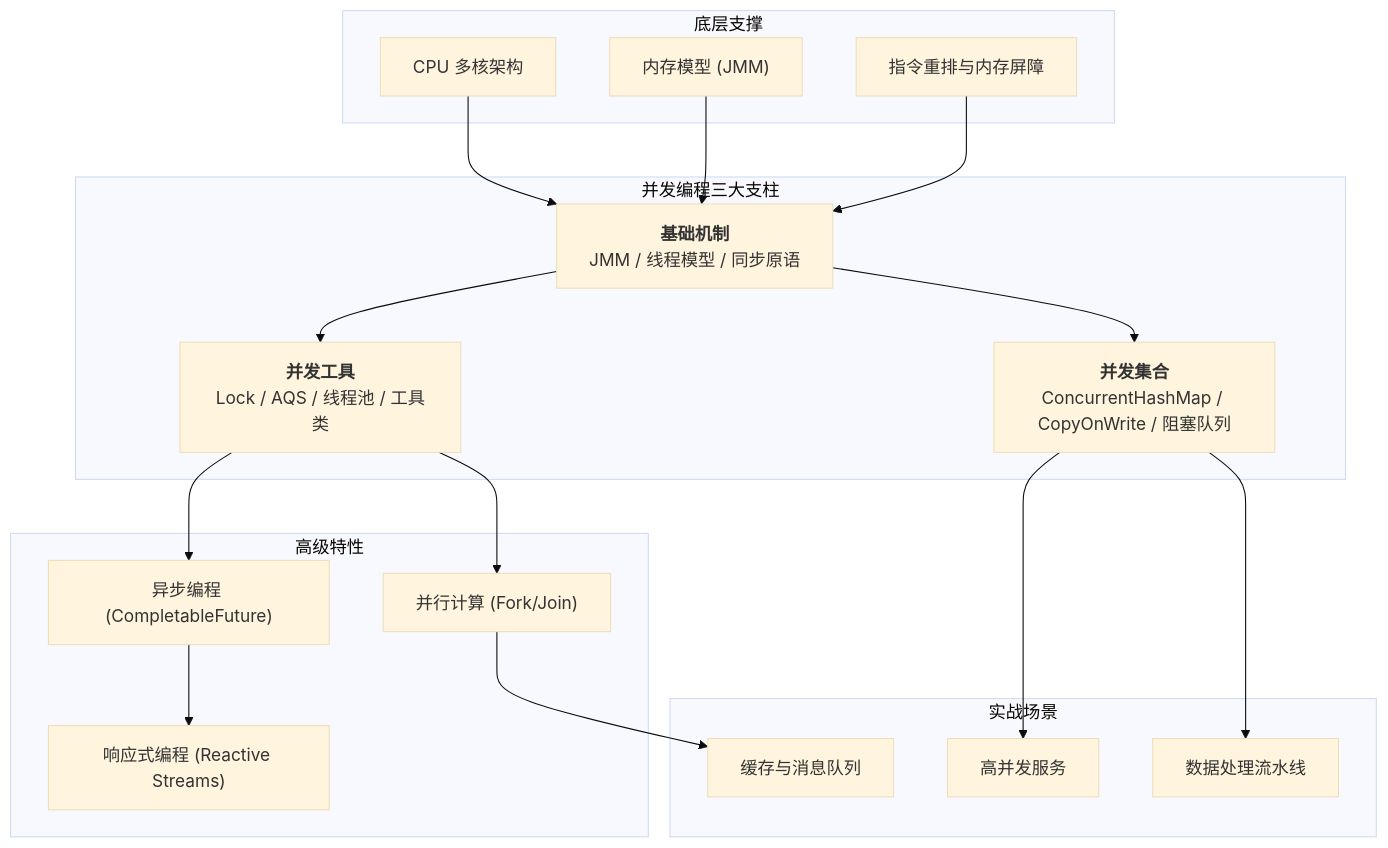
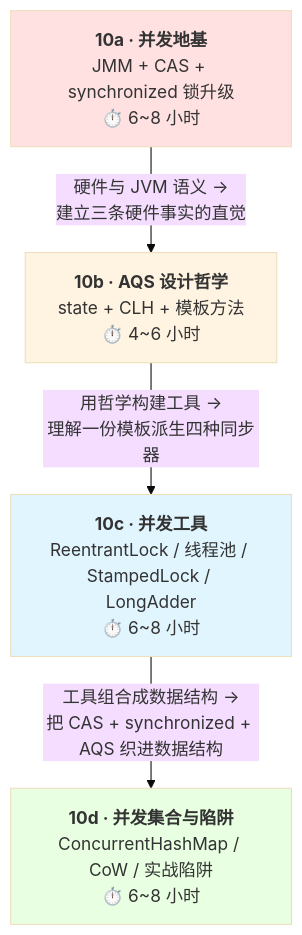
Before and after one commit to b1tzer/b1tzer.github.io: the third of 4 diagrams in docs/01-java-basic/10-并发编程综览：战役三 · 从硬件事实到组合运用的四层下沉.md, drawn with Mermaid (base theme). The commit also changed other lines of this file and 23 other files, not shown here.

````diff
--- a/docs/01-java-basic/10-并发编程综览：战役三 · 从硬件事实到组合运用的四层下沉.md
+++ b/docs/01-java-basic/10-并发编程综览：战役三 · 从硬件事实到组合运用的四层下沉.md
@@ -44,38 +113,13 @@
 ```mermaid
 flowchart TB
-    subgraph "并发编程三大支柱"
-        A["<b>基础机制</b><br>JMM / 线程模型 / 同步原语"]
-        B["<b>并发工具</b><br>Lock / AQS / 线程池 / 工具类"]
-        C["<b>并发集合</b><br>ConcurrentHashMap / CopyOnWrite / 阻塞队列"]
-    end
-    
-    subgraph "底层支撑"
-        D["CPU 多核架构"]
-        E["内存模型 (JMM)"]
-        F["指令重排与内存屏障"]
-    end
-    
-    subgraph "高级特性"
-        G["异步编程 (CompletableFuture)"]
-        H["并行计算 (Fork/Join)"]
-        I["响应式编程 (Reactive Streams)"]
-    end
-    
-    subgraph "实战场景"
-        J["高并发服务"]
-        K["数据处理流水线"]
-        L["缓存与消息队列"]
-    end
-    
-    D --> A
-    E --> A
-    F --> A
-    A --> B
-    A --> C
-    B --> G
-    B --> H
-    C --> J
-    C --> K
-    G --> I
-    H --> L
+    A["<b>10a · 并发地基</b><br/>JMM + CAS + synchronized 锁升级<br/>⏱️ 6~8 小时"] -->|"硬件与 JVM 语义 →<br/>建立三条硬件事实的直觉"| B["<b>10b · AQS 设计哲学</b><br/>state + CLH + 模板方法<br/>⏱️ 4~6 小时"]
+
+    B -->|"用哲学构建工具 →<br/>理解一份模板派生四种同步器"| C["<b>10c · 并发工具</b><br/>ReentrantLock / 线程池 / StampedLock / LongAdder<br/>⏱️ 6~8 小时"]
+
+    C -->|"工具组合成数据结构 →<br/>把 CAS + synchronized + AQS 织进数据结构"| D["<b>10d · 并发集合与陷阱</b><br/>ConcurrentHashMap / CoW / 实战陷阱<br/>⏱️ 6~8 小时"]
+
+    style A fill:#ffe1e1
+    style B fill:#fff4e1
+    style C fill:#e1f5ff
+    style D fill:#e8ffe1
 ```
````
